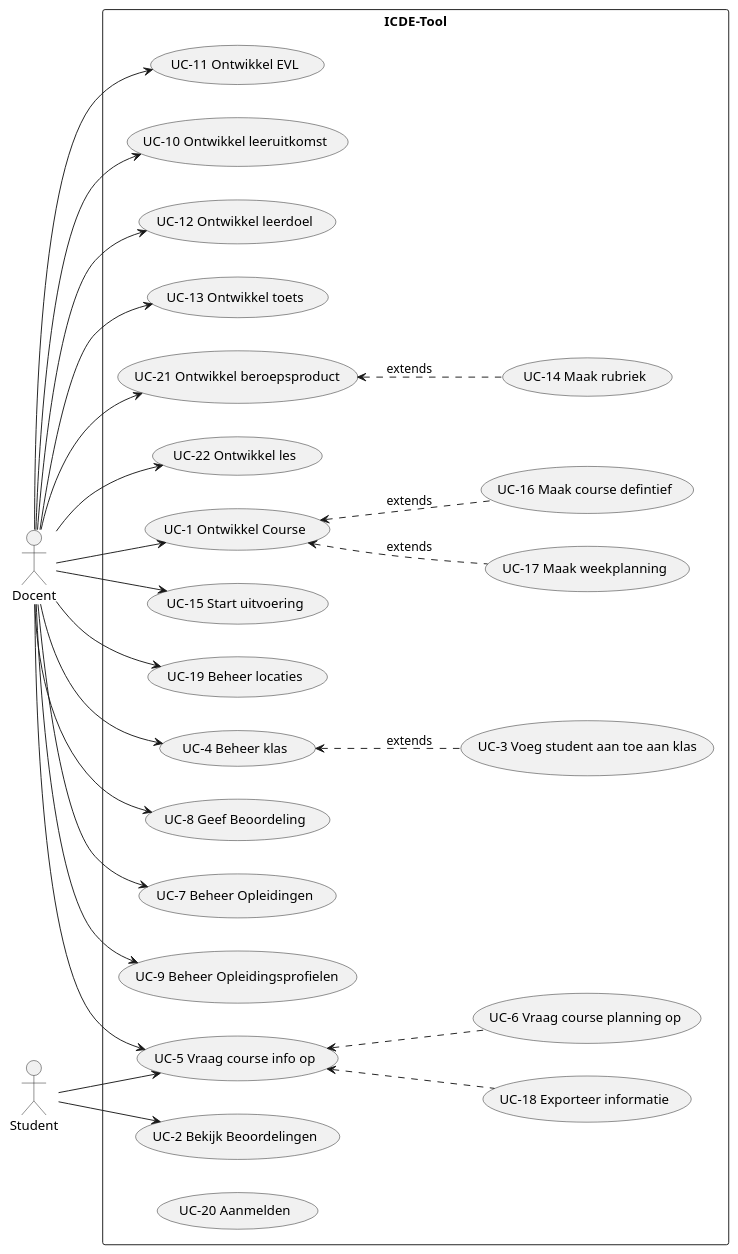
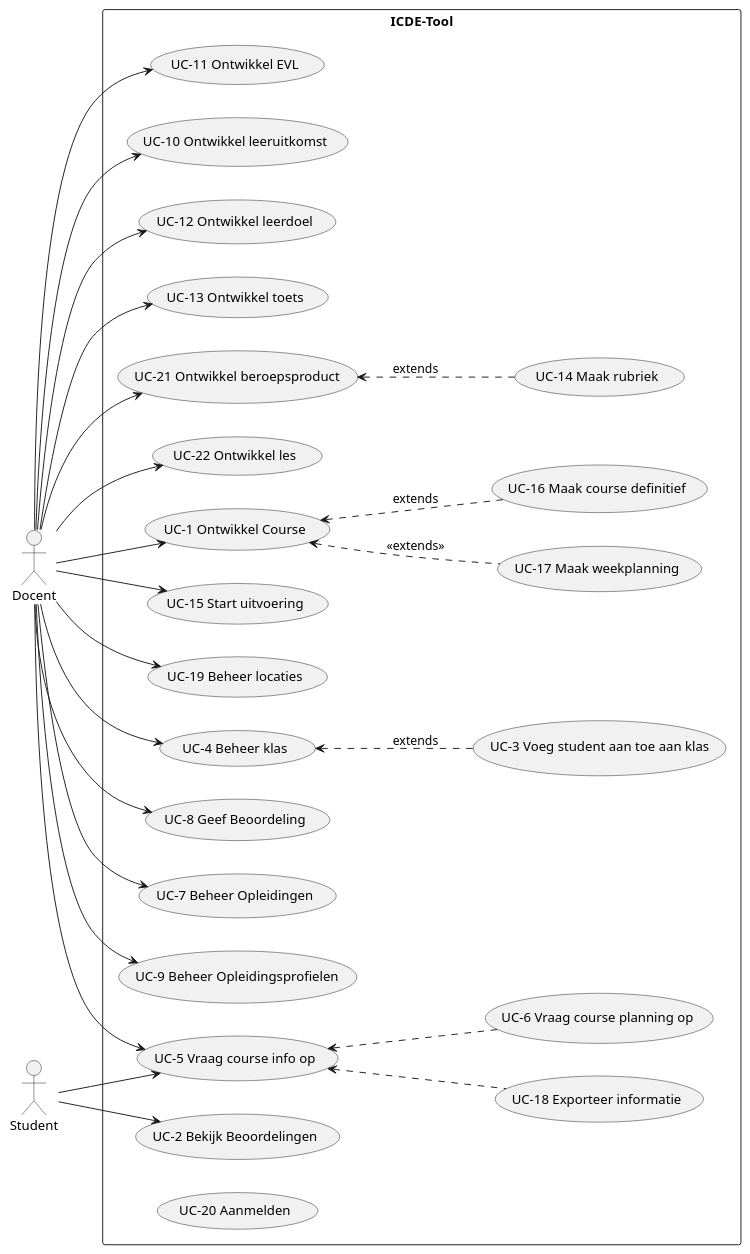
One commit to thommythompson/han-oose changed the first of 2 diagrams in docs/fo/index.md. Above: the diagram before and after it, drawn with PlantUML. The commit also changed 57 other files, not shown here.

````diff
--- a/docs/fo/index.md
+++ b/docs/fo/index.md
@@ -108,51 +108,51 @@
 ```plantuml
 left to right direction
 actor "Docent" as d
 actor "Student" as s
 rectangle ICDE-Tool {
     usecase "UC-11 Ontwikkel EVL" as UC11
     usecase "UC-10 Ontwikkel leeruitkomst" as UC10
     usecase "UC-12 Ontwikkel leerdoel" as UC12
     usecase "UC-13 Ontwikkel toets" as UC13
     usecase "UC-21 Ontwikkel beroepsproduct" as UC21
     usecase "UC-14 Maak rubriek" as UC14
     usecase "UC-22 Ontwikkel les" as UC22
     usecase "UC-1 Ontwikkel Course" as UC1
     usecase "UC-17 Maak weekplanning" as UC17
-    usecase "UC-16 Maak course defintief" as UC16
+    usecase "UC-16 Maak course definitief" as UC16
     usecase "UC-15 Start uitvoering" as UC15
     usecase "UC-19 Beheer locaties" as UC19
     usecase "UC-4 Beheer klas" as UC4
     usecase "UC-8 Geef Beoordeling" as UC8
     usecase "UC-3 Voeg student aan toe aan klas" as UC3
     usecase "UC-7 Beheer Opleidingen" as UC7
     usecase "UC-9 Beheer Opleidingsprofielen" as UC9
     usecase "UC-5 Vraag course info op" as UC5
     usecase "UC-18 Exporteer informatie" as UC18
     usecase "UC-6 Vraag course planning op" as UC6
     usecase "UC-2 Bekijk Beoordelingen" as UC2
     usecase "UC-20 Aanmelden" as UC20
 }
 d --> UC11
 d --> UC10
 d --> UC12
 d --> UC13
 d --> UC21
 UC21 <.. UC14 : extends
 d --> UC22
 d --> UC1
-UC1 <.. UC17 : extends
+UC1 <.. UC17 : <<extends>>
 UC1 <.. UC16 : extends
 d --> UC15
 d --> UC19
 d --> UC4
 UC4 <.. UC3 : extends
 d --> UC8
 d --> UC7
 d --> UC9
 d --> UC5
 s --> UC5
 UC5 <.. UC18
 UC5 <.. UC6
 s --> UC2
 ```
````
